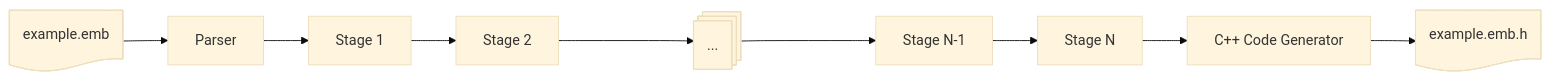
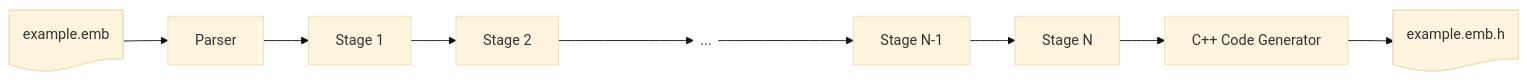
The fourth of 5 diagrams in doc/design.md (reventlov/emboss), drawn with Mermaid (base theme) before and after one commit.

````diff
--- a/doc/design.md
+++ b/doc/design.md
@@ -166,21 +166,21 @@
 ```mermaid
 %%{init: {"flowchart": {"htmlLabels": false}} }%%
 graph LR
     diskstart@{ shape: doc, label: "example.emb" }
     parser["Parser"]
     stage1@{ shape: proc, label: "Stage 1" }
     stage2@{ shape: proc, label: "Stage 2" }
-    stages@{ shape: procs, label: "..." }
+    stages@{ shape: text, label: "..." }
     stagenm1@{ shape: proc, label: "Stage N-1" }
     stagen@{ shape: proc, label: "Stage N" }
     backend["C++ Code Generator"]
     diskend@{ shape: doc, label: "example.emb.h" }
     diskstart-->parser
     parser-->stage1
     stage1-->stage2
     stage2---->stages
     stages---->stagenm1
     stagenm1-->stagen
     stagen-->backend
     backend-->diskend
 ```
````
